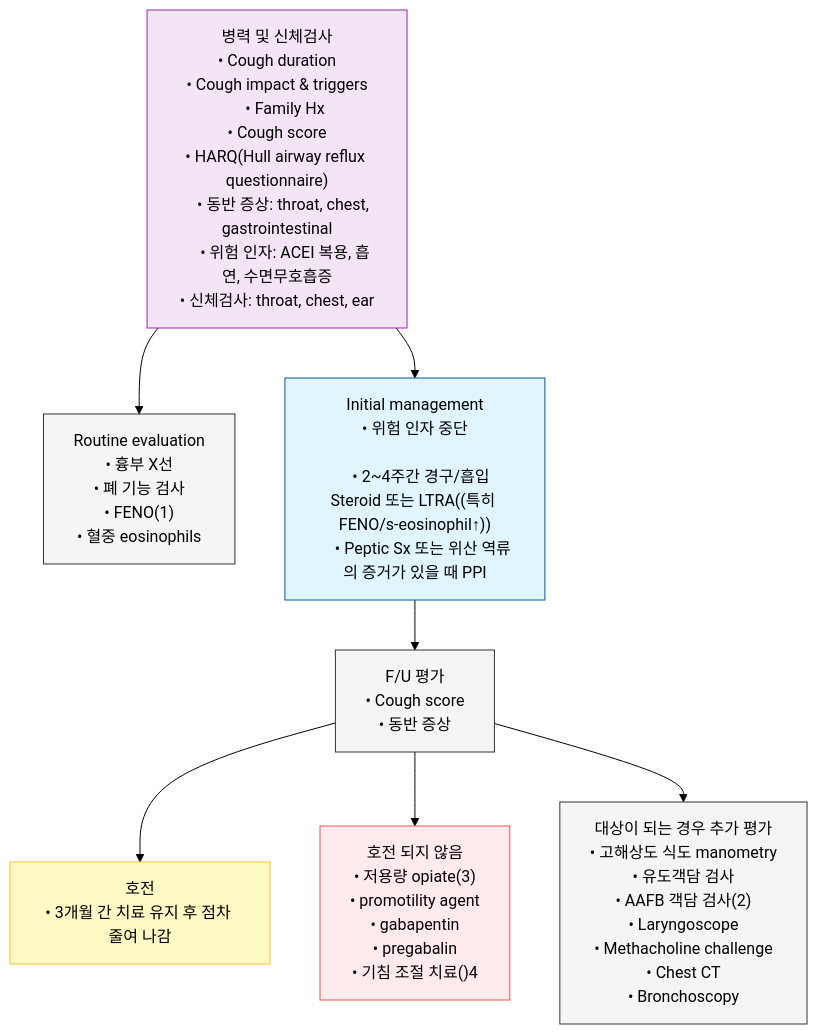
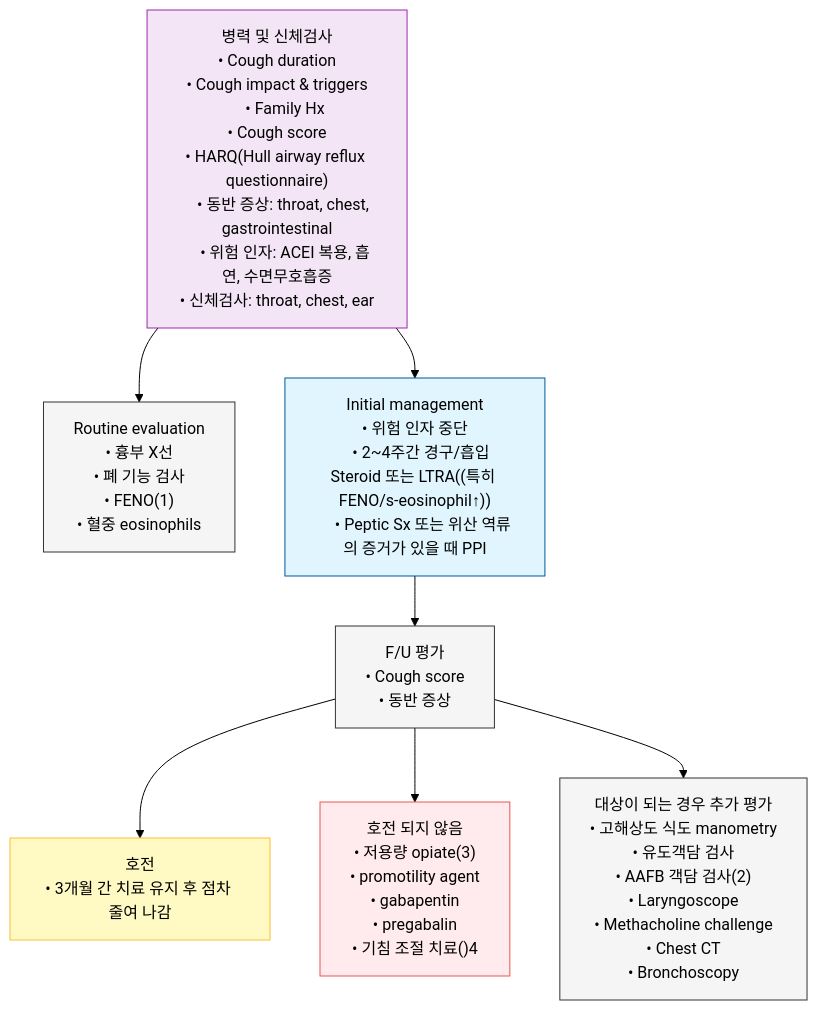
Before and after one commit to familyoh77/familyoh77: the fourth of 4 diagrams in 220_/cough.md, drawn with Mermaid (forest theme).

Commit message:
GITBOOK-654: No subject

````diff
--- a/220_/cough.md
+++ b/220_/cough.md
@@ -354,33 +354,33 @@
 ```mermaid
 graph TD
     %% Start 박스 가로 너비 확장
     Start["병력 및 신체검사<br/>• Cough duration<br/>• Cough impact & triggers
     • Family Hx<br/>• Cough score<br/>• HARQ(Hull airway reflux questionnaire)
     • 동반 증상: throat, chest, gastrointestinal
     • 위험 인자: ACEI 복용, 흡연, 수면무호흡증<br/>• 신체검사: throat, chest, ear"]
 
     Start --> Routine["Routine evaluation<br/>• 흉부 X선<br/>• 폐 기능 검사<br/>• FENO(1)
     • 혈중 eosinophils"]
     
-    Start --> Initial["Initial management<br/>• 위험 인자 중단<br/>
+    Start --> Initial["Initial management<br/>• 위험 인자 중단
     • 2~4주간 경구/흡입 Steroid 또는 LTRA((특히 FENO/s-eosinophil↑))
     • Peptic Sx 또는 위산 역류의 증거가 있을 때 PPI"]
 
     Initial --> FU["F/U 평가<br/>• Cough score<br/>• 동반 증상"]
 
     FU --> Improved["호전<br/>• 3개월 간 치료 유지 후 점차 줄여 나감"]
     FU --> NotImproved["호전 되지 않음
     • 저용량 opiate(3)<br/> • promotility agent<br/>• gabapentin<br/>• pregabalin<br/>• 기침 조절 치료()4"]
 
     FU --> AddEval["대상이 되는 경우 추가 평가<br/>• 고해상도 식도 manometry<br/>• 유도객담 검사
     • AAFB 객담 검사(2)<br/>• Laryngoscope<br/>• Methacholine challenge<br/>• Chest CT<br/>• Bronchoscopy"]
 
     %% 스타일 설정
     style Start fill:#f3e5f5,stroke:#9c27b0
     style Routine fill:#f5f5f5,stroke:#333
     style Initial fill:#e1f5fe,stroke:#01579b
     style FU fill:#f5f5f5,stroke:#333
     style Improved fill:#fff9c4,stroke:#fbc02d
     style NotImproved fill:#ffebee,stroke:#ef5350
     style AddEval fill:#f5f5f5,stroke:#333
 ```
````
